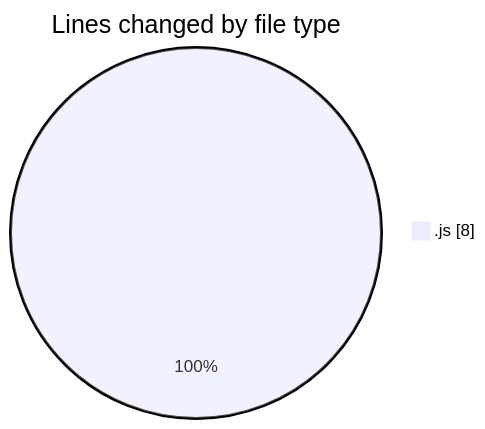
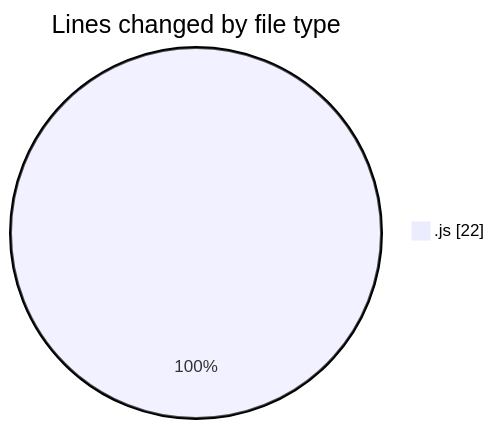
The first of 2 diagrams in 2025-06-21/horizon/README.md (vahidmafi/code-tracking), drawn with Mermaid before and after one commit. The commit also changed other lines of this file and 1 other file, not shown here.

````diff
--- a/2025-06-21/horizon/README.md
+++ b/2025-06-21/horizon/README.md
@@ -20,5 +20,5 @@
 ```mermaid
 pie showData
 title Lines changed by file type
-".js" : 8
+".js" : 22
 ```
````
